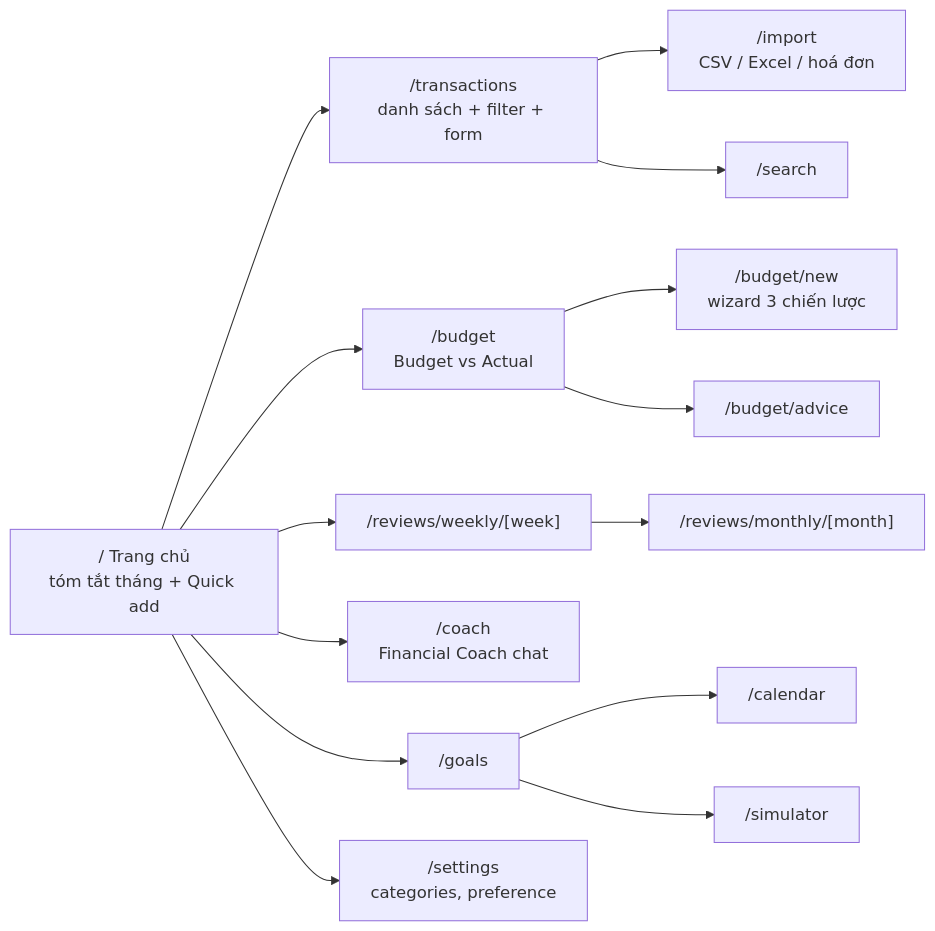
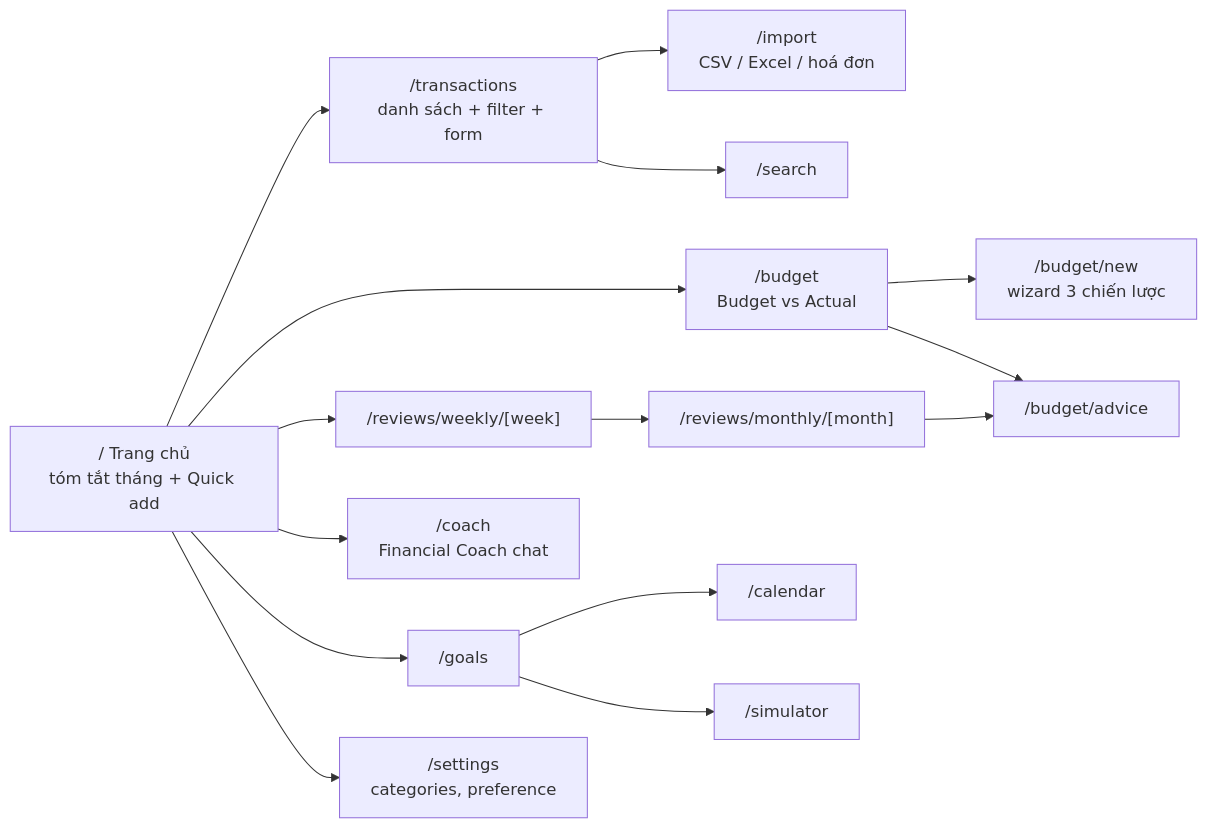
One commit to dangbh96/AI-personal-finance-assistant changed the diagram in docs/architecture/frontend-structure.md. Above: the diagram before and after it, drawn with Mermaid. The commit also changed other lines of this file and 47 other files, not shown here.

````diff
--- a/docs/architecture/frontend-structure.md
+++ b/docs/architecture/frontend-structure.md
@@ -7,31 +7,32 @@
 ```mermaid
 flowchart LR
     home["/ Trang chủ<br/>tóm tắt tháng + Quick add"]
     tx["/transactions<br/>danh sách + filter + form"]
     budget["/budget<br/>Budget vs Actual"]
     budgetNew["/budget/new<br/>wizard 3 chiến lược"]
     weekly["/reviews/weekly/[week]"]
     monthly["/reviews/monthly/[month]"]
     advice["/budget/advice"]
     coach["/coach<br/>Financial Coach chat"]
     goals["/goals"]
     calendar["/calendar"]
     imp["/import<br/>CSV / Excel / hoá đơn"]
     search["/search"]
     sim["/simulator"]
     settings["/settings<br/>categories, preference"]
 
     home --> tx
     home --> budget
     home --> weekly
     budget --> budgetNew
     budget --> advice
     weekly --> monthly
+    monthly --> advice
     home --> coach
     home --> goals
     goals --> calendar
     tx --> imp
     tx --> search
     goals --> sim
     home --> settings
 ```
````
